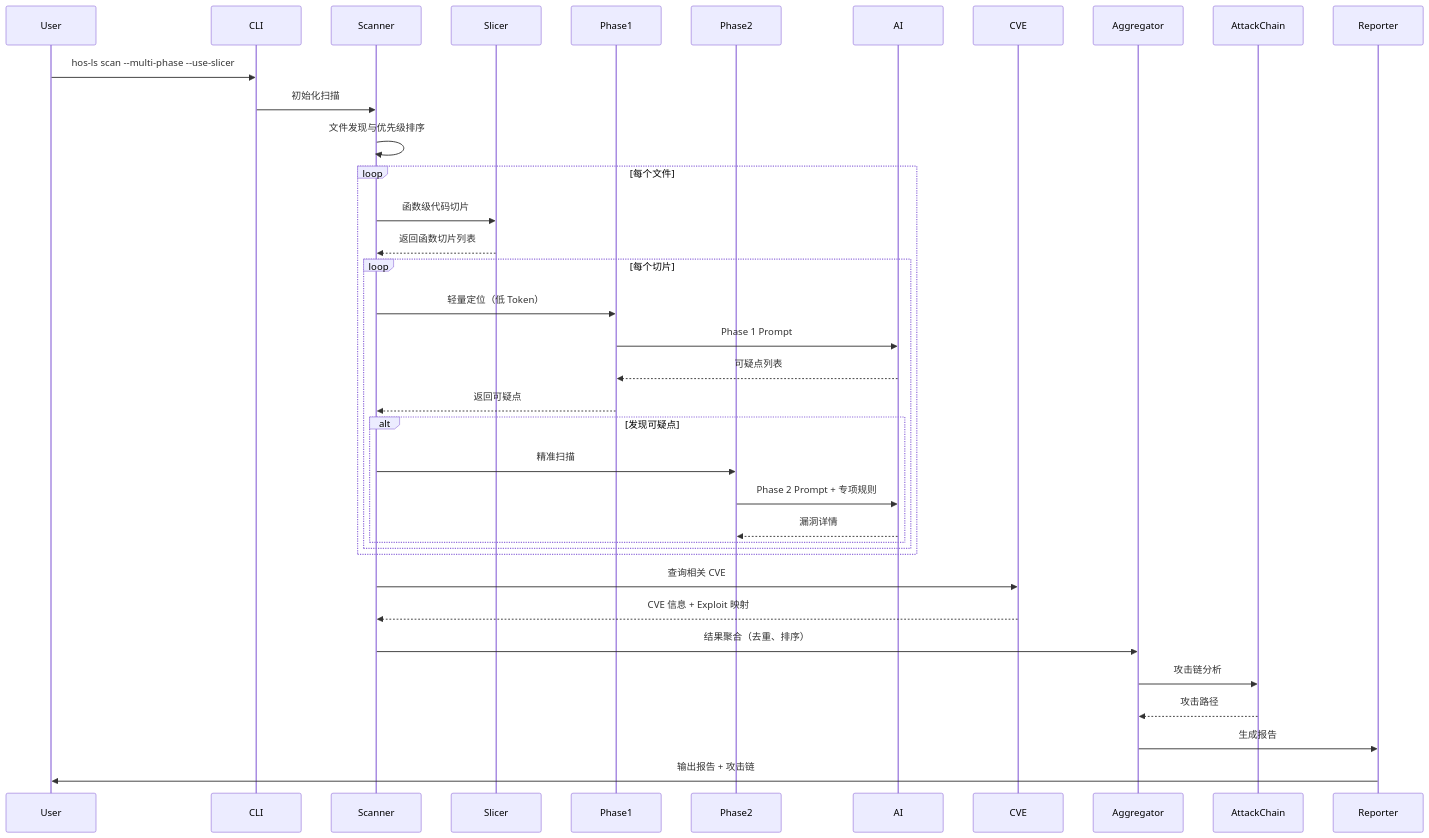
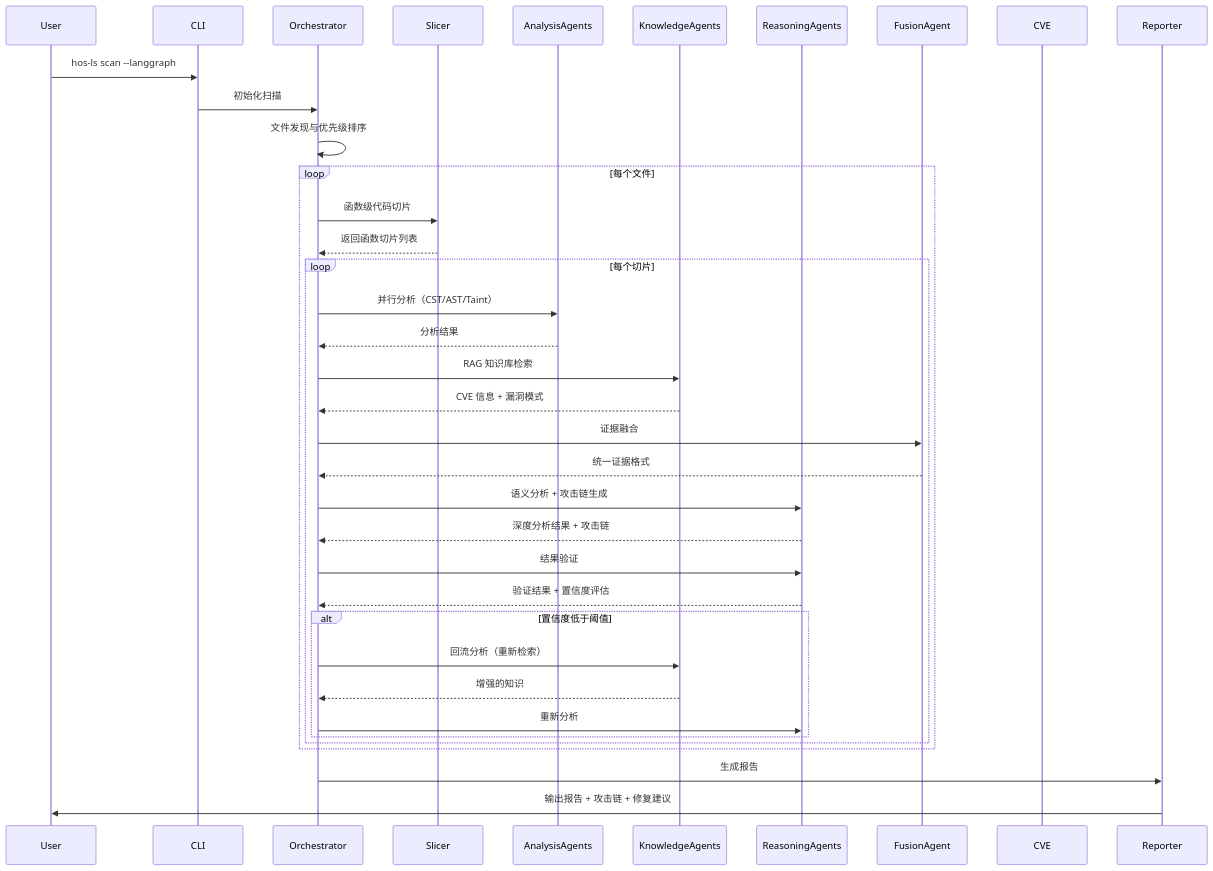
One commit to lxcxjxhx/HOS-LS changed the second of 2 diagrams in README.md. Above: the diagram before and after it, drawn with Mermaid. The commit also changed other lines of this file and 48 other files, not shown here.

````diff
--- a/README.md
+++ b/README.md
@@ -764,46 +786,48 @@
 ```mermaid
 sequenceDiagram
     participant User
     participant CLI
-    participant Scanner
+    participant Orchestrator
     participant Slicer
-    participant Phase1
-    participant Phase2
-    participant AI
+    participant AnalysisAgents
+    participant KnowledgeAgents
+    participant ReasoningAgents
+    participant FusionAgent
     participant CVE
-    participant Aggregator
-    participant AttackChain
     participant Reporter
 
-    User->>CLI: hos-ls scan --multi-phase --use-slicer
-    CLI->>Scanner: 初始化扫描
-    Scanner->>Scanner: 文件发现与优先级排序
+    User->>CLI: hos-ls scan --langgraph
+    CLI->>Orchestrator: 初始化扫描
+    Orchestrator->>Orchestrator: 文件发现与优先级排序
     
     loop 每个文件
-        Scanner->>Slicer: 函数级代码切片
-        Slicer-->>Scanner: 返回函数切片列表
+        Orchestrator->>Slicer: 函数级代码切片
+        Slicer-->>Orchestrator: 返回函数切片列表
         
         loop 每个切片
-            Scanner->>Phase1: 轻量定位（低 Token）
-            Phase1->>AI: Phase 1 Prompt
-            AI-->>Phase1: 可疑点列表
-            Phase1-->>Scanner: 返回可疑点
+            Orchestrator->>AnalysisAgents: 并行分析（CST/AST/Taint）
+            AnalysisAgents-->>Orchestrator: 分析结果
             
-            alt 发现可疑点
-                Scanner->>Phase2: 精准扫描
-                Phase2->>AI: Phase 2 Prompt + 专项规则
-                AI-->>Phase2: 漏洞详情
+            Orchestrator->>KnowledgeAgents: RAG 知识库检索
+            KnowledgeAgents-->>Orchestrator: CVE 信息 + 漏洞模式
+            
+            Orchestrator->>FusionAgent: 证据融合
+            FusionAgent-->>Orchestrator: 统一证据格式
+            
+            Orchestrator->>ReasoningAgents: 语义分析 + 攻击链生成
+            ReasoningAgents-->>Orchestrator: 深度分析结果 + 攻击链
+            
+            Orchestrator->>ReasoningAgents: 结果验证
+            ReasoningAgents-->>Orchestrator: 验证结果 + 置信度评估
+            
+            alt 置信度低于阈值
+                Orchestrator->>KnowledgeAgents: 回流分析（重新检索）
+                KnowledgeAgents-->>Orchestrator: 增强的知识
+                Orchestrator->>ReasoningAgents: 重新分析
             end
         end
     end
     
-    Scanner->>CVE: 查询相关 CVE
-    CVE-->>Scanner: CVE 信息 + Exploit 映射
-    
-    Scanner->>Aggregator: 结果聚合（去重、排序）
-    Aggregator->>AttackChain: 攻击链分析
-    AttackChain-->>Aggregator: 攻击路径
-    
-    Aggregator->>Reporter: 生成报告
-    Reporter->>User: 输出报告 + 攻击链
+    Orchestrator->>Reporter: 生成报告
+    Reporter->>User: 输出报告 + 攻击链 + 修复建议
 ```
````
